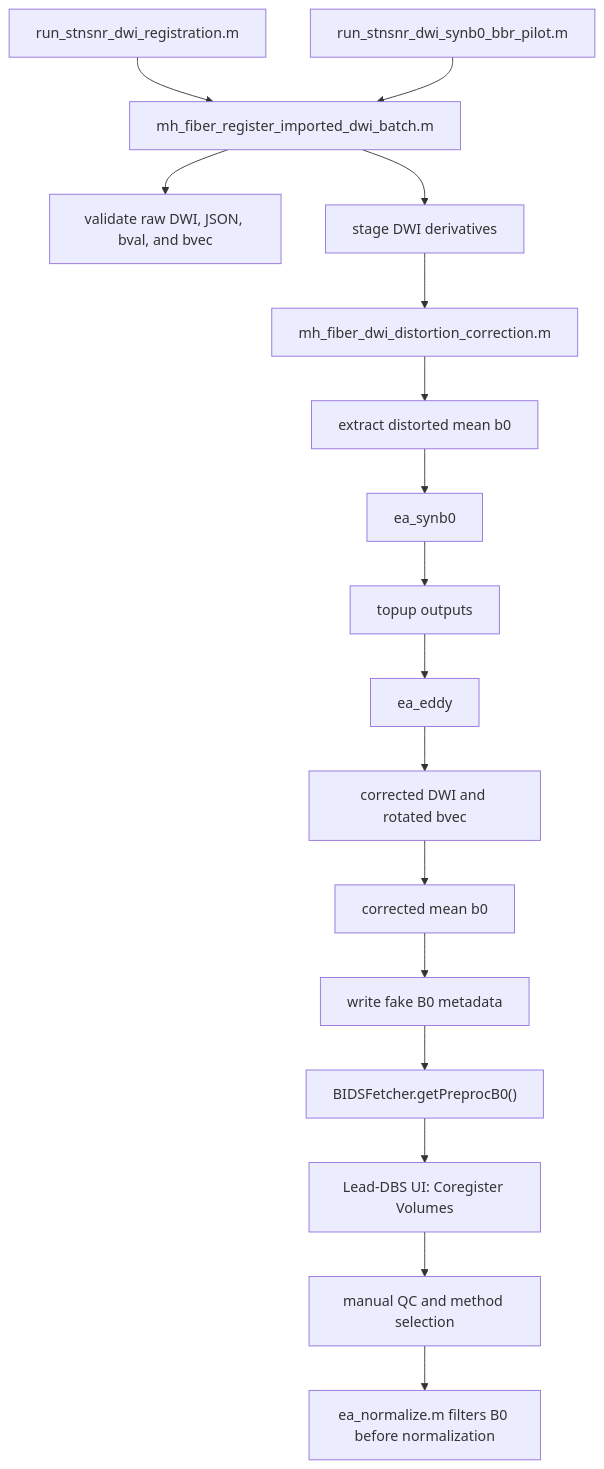
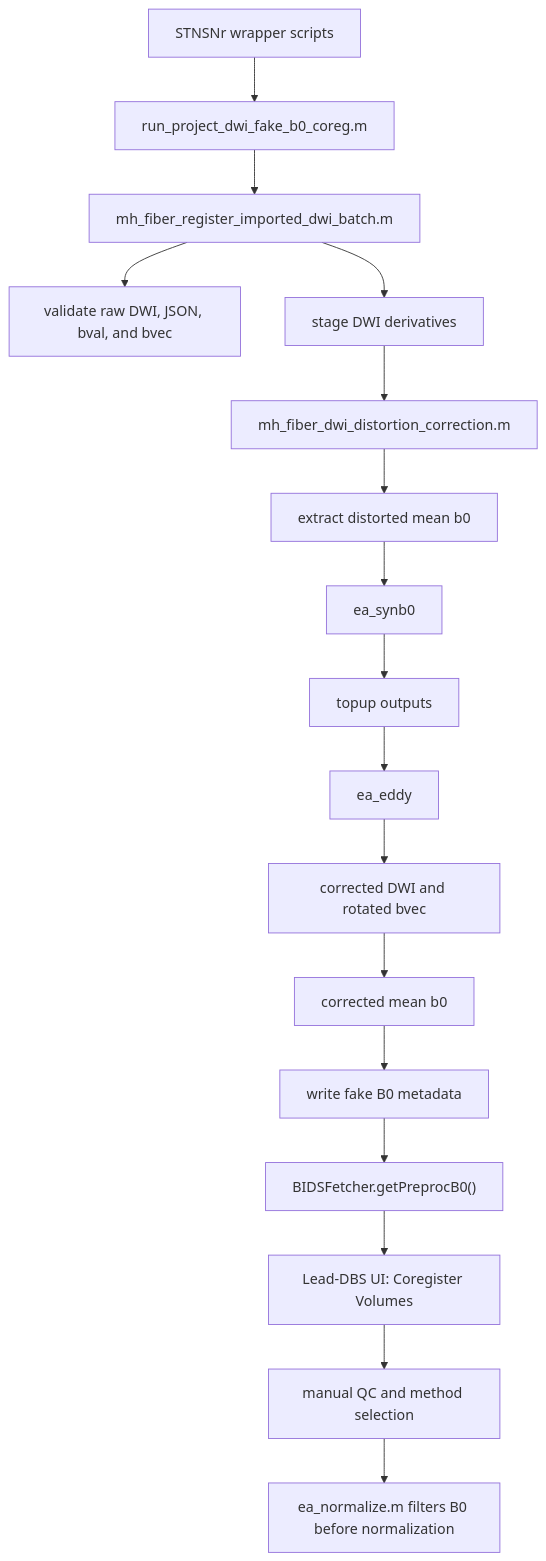
One commit to Mojackhak/leaddbs changed the diagram in my_helper/fiber/core/dwi/fake_b0_ui_coreg_tutorial.md. Above: the diagram before and after it, drawn with Mermaid. The commit also changed other lines of this file and 6 other files, not shown here.

````diff
--- a/my_helper/fiber/core/dwi/fake_b0_ui_coreg_tutorial.md
+++ b/my_helper/fiber/core/dwi/fake_b0_ui_coreg_tutorial.md
@@ -28,19 +30,19 @@
 ```mermaid
 flowchart TD
-    A["run_stnsnr_dwi_registration.m"] --> B["mh_fiber_register_imported_dwi_batch.m"]
-    A2["run_stnsnr_dwi_synb0_bbr_pilot.m"] --> B
+    A["run_project_dwi_fake_b0_coreg.m"] --> B["mh_fiber_register_imported_dwi_batch.m"]
+    A2["STNSNr wrapper scripts"] --> A
     B --> C["validate raw DWI, JSON, bval, and bvec"]
     B --> D["stage DWI derivatives"]
     D --> E["mh_fiber_dwi_distortion_correction.m"]
     E --> F["extract distorted mean b0"]
     F --> G["ea_synb0"]
     G --> H["topup outputs"]
     H --> I["ea_eddy"]
     I --> J["corrected DWI and rotated bvec"]
     J --> K["corrected mean b0"]
     K --> L["write fake B0 metadata"]
     L --> M["BIDSFetcher.getPreprocB0()"]
     M --> N["Lead-DBS UI: Coregister Volumes"]
     N --> O["manual QC and method selection"]
     O --> P["ea_normalize.m filters B0 before normalization"]
 ```
````
